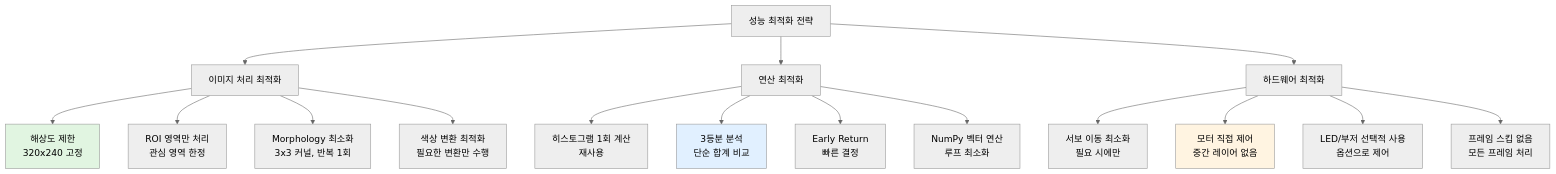
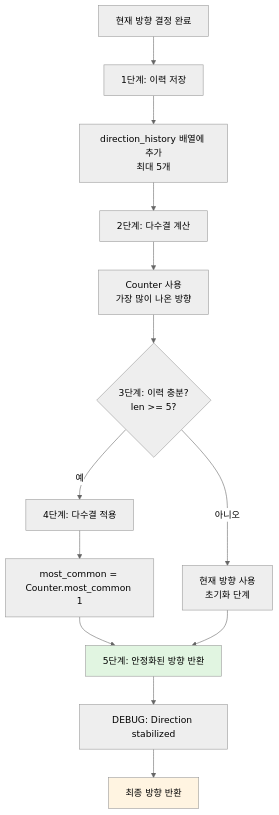
Diagram 12 of 12 in 03_self_driving/AUTOPLOT_SYSTEM_ANALYSIS.md (Collegenie-X/Raspbot-v2-self-driving-car), drawn with Mermaid (neutral theme) before and after one commit. The commit also changed other lines of this file and 5 other files, not shown here.

````diff
--- a/03_self_driving/AUTOPLOT_SYSTEM_ANALYSIS.md
+++ b/03_self_driving/AUTOPLOT_SYSTEM_ANALYSIS.md
@@ -1278,25 +1072,24 @@
 ```mermaid
 flowchart TD
-    A[성능 최적화 전략] --> B[이미지 처리 최적화]
-    A --> C[연산 최적화]
-    A --> D[하드웨어 최적화]
+    A[현재 방향 결정 완료] --> B[1단계: 이력 저장]
+    B --> B1[direction_history 배열에 추가<br/>최대 5개]
     
-    B --> B1[해상도 제한<br/>320x240 고정]
-    B --> B2[ROI 영역만 처리<br/>관심 영역 한정]
-    B --> B3[Morphology 최소화<br/>3x3 커널, 반복 1회]
-    B --> B4[색상 변환 최적화<br/>필요한 변환만 수행]
+    B1 --> C[2단계: 다수결 계산]
+    C --> C1[Counter 사용<br/>가장 많이 나온 방향]
     
-    C --> C1[히스토그램 1회 계산<br/>재사용]
-    C --> C2[3등분 분석<br/>단순 합계 비교]
-    C --> C3[Early Return<br/>빠른 결정]
-    C --> C4[NumPy 벡터 연산<br/>루프 최소화]
+    C1 --> D{3단계: 이력 충분?<br/>len >= 5?}
     
-    D --> D1[서보 이동 최소화<br/>필요 시에만]
-    D --> D2[모터 직접 제어<br/>중간 레이어 없음]
-    D --> D3[LED/부저 선택적 사용<br/>옵션으로 제어]
-    D --> D4[프레임 스킵 없음<br/>모든 프레임 처리]
+    D -->|예| E[4단계: 다수결 적용]
+    D -->|아니오| F[현재 방향 사용<br/>초기화 단계]
     
-    style B1 fill:#e1f5e1
-    style C2 fill:#e1f0ff
-    style D2 fill:#fff4e1
+    E --> E1[most_common = Counter.most_common 1]
+    E1 --> G[5단계: 안정화된 방향 반환]
+    
+    F --> G
+    
+    G --> H[DEBUG: Direction stabilized]
+    H --> I[최종 방향 반환]
+    
+    style G fill:#e1f5e1
+    style I fill:#fff4e1
 ```
````
